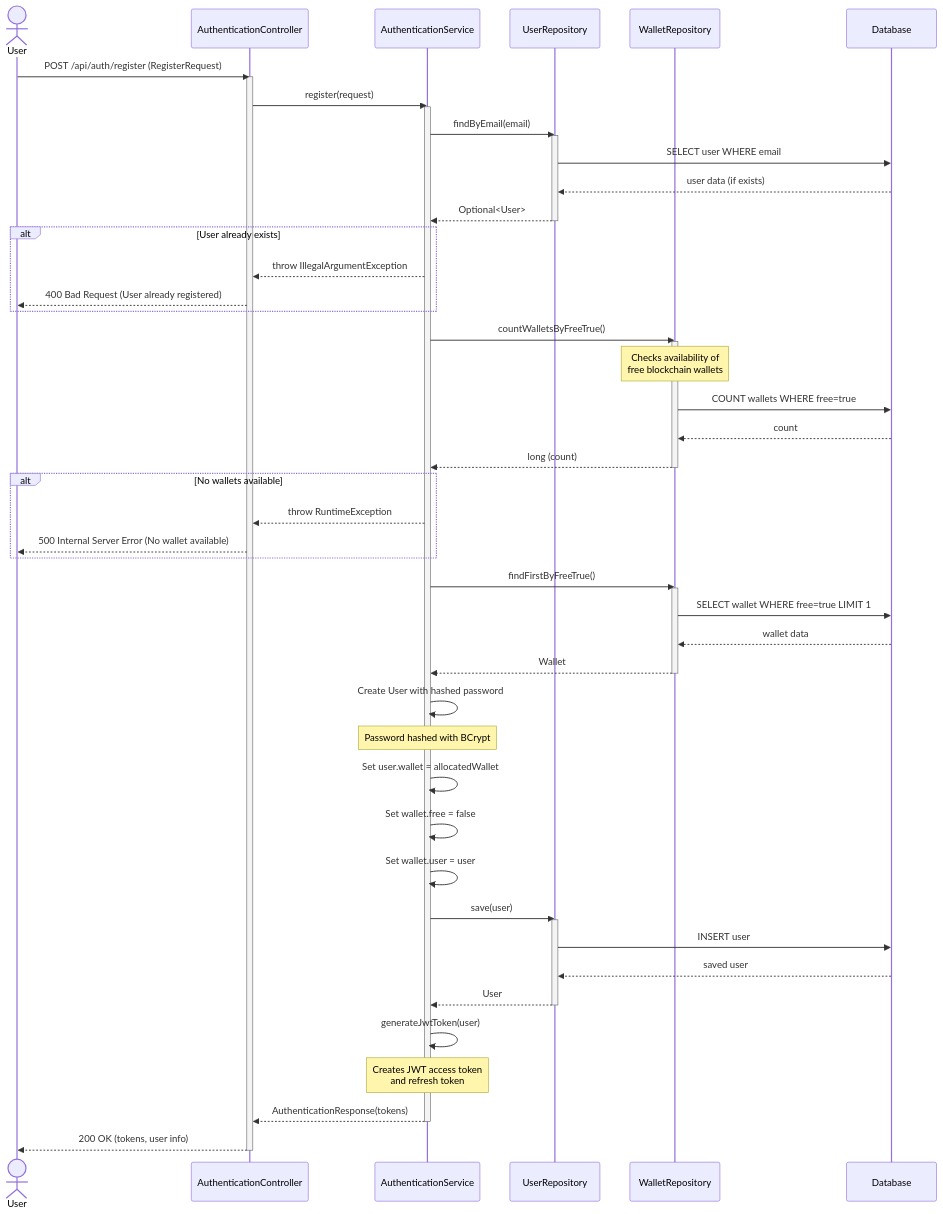
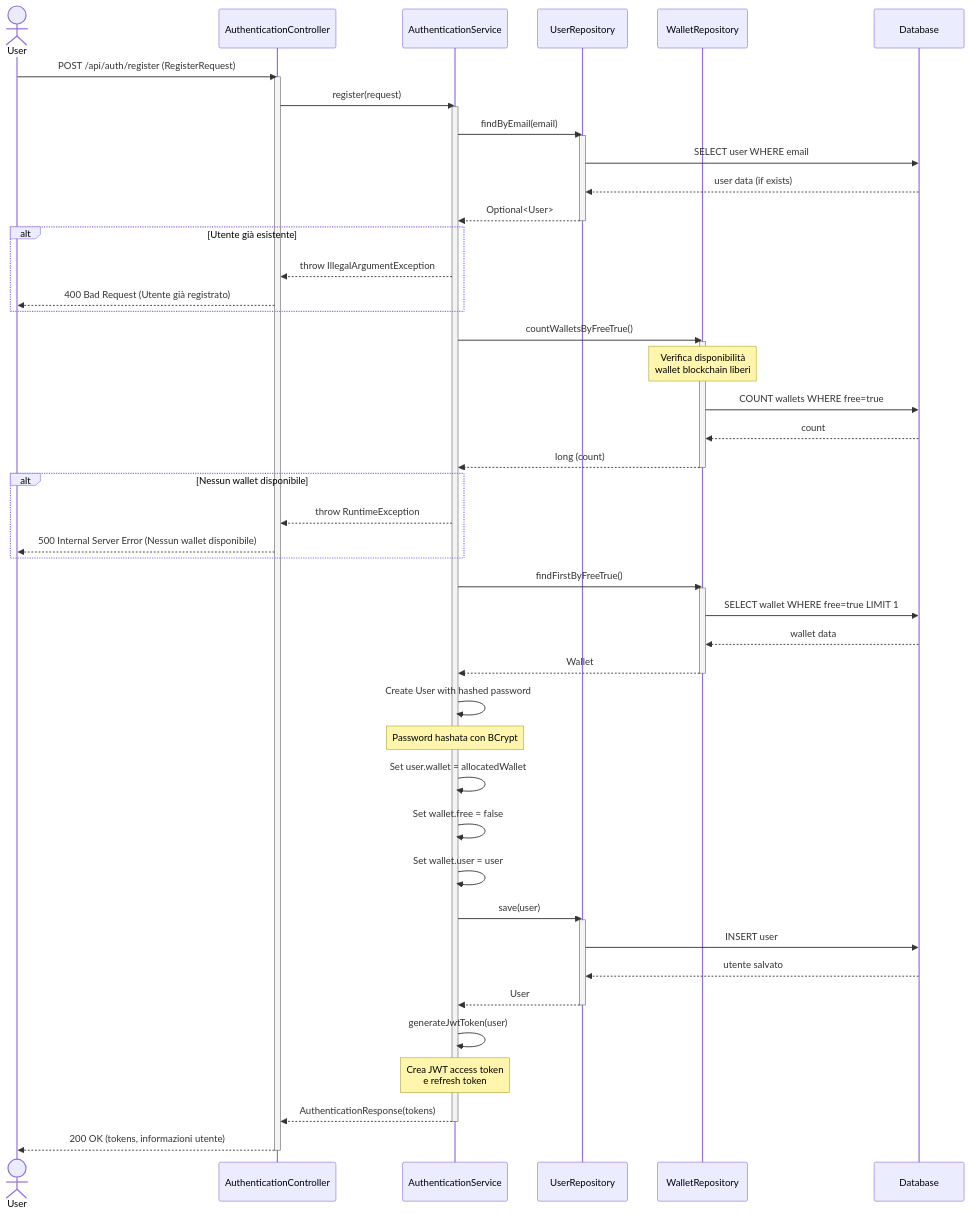
One commit to s-lusito/TicketBlock-Ing_Sw changed the diagram in docs/sequence-user-registration.md. Above: the diagram before and after it, drawn with Mermaid. The commit also changed other lines of this file and 6 other files, not shown here.

Commit message:
Translate UML diagram comments to Italian while keeping code elements in English

````diff
--- a/docs/sequence-user-registration.md
+++ b/docs/sequence-user-registration.md
@@ -5,69 +5,69 @@
 ```mermaid
 sequenceDiagram
     actor User
     participant Controller as AuthenticationController
     participant Service as AuthenticationService
     participant UserRepo as UserRepository
     participant WalletRepo as WalletRepository
     participant DB as Database
 
     User->>Controller: POST /api/auth/register (RegisterRequest)
     activate Controller
     
     Controller->>Service: register(request)
     activate Service
     
     Service->>UserRepo: findByEmail(email)
     activate UserRepo
     UserRepo->>DB: SELECT user WHERE email
     DB-->>UserRepo: user data (if exists)
     UserRepo-->>Service: Optional<User>
     deactivate UserRepo
     
-    alt User already exists
+    alt Utente già esistente
         Service-->>Controller: throw IllegalArgumentException
-        Controller-->>User: 400 Bad Request (User already registered)
+        Controller-->>User: 400 Bad Request (Utente già registrato)
     end
     
     Service->>WalletRepo: countWalletsByFreeTrue()
     activate WalletRepo
-    Note over WalletRepo: Checks availability of<br/>free blockchain wallets
+    Note over WalletRepo: Verifica disponibilità<br/>wallet blockchain liberi
     WalletRepo->>DB: COUNT wallets WHERE free=true
     DB-->>WalletRepo: count
     WalletRepo-->>Service: long (count)
     deactivate WalletRepo
     
-    alt No wallets available
+    alt Nessun wallet disponibile
         Service-->>Controller: throw RuntimeException
-        Controller-->>User: 500 Internal Server Error (No wallet available)
+        Controller-->>User: 500 Internal Server Error (Nessun wallet disponibile)
     end
     
     Service->>WalletRepo: findFirstByFreeTrue()
     activate WalletRepo
     WalletRepo->>DB: SELECT wallet WHERE free=true LIMIT 1
     DB-->>WalletRepo: wallet data
     WalletRepo-->>Service: Wallet
     deactivate WalletRepo
     
     Service->>Service: Create User with hashed password
-    Note over Service: Password hashed with BCrypt
+    Note over Service: Password hashata con BCrypt
     Service->>Service: Set user.wallet = allocatedWallet
     Service->>Service: Set wallet.free = false
     Service->>Service: Set wallet.user = user
     
     Service->>UserRepo: save(user)
     activate UserRepo
     UserRepo->>DB: INSERT user
-    DB-->>UserRepo: saved user
+    DB-->>UserRepo: utente salvato
     UserRepo-->>Service: User
     deactivate UserRepo
     
     Service->>Service: generateJwtToken(user)
-    Note over Service: Creates JWT access token<br/>and refresh token
+    Note over Service: Crea JWT access token<br/>e refresh token
     
     Service-->>Controller: AuthenticationResponse(tokens)
     deactivate Service
     
-    Controller-->>User: 200 OK (tokens, user info)
+    Controller-->>User: 200 OK (tokens, informazioni utente)
     deactivate Controller
 ```
````
